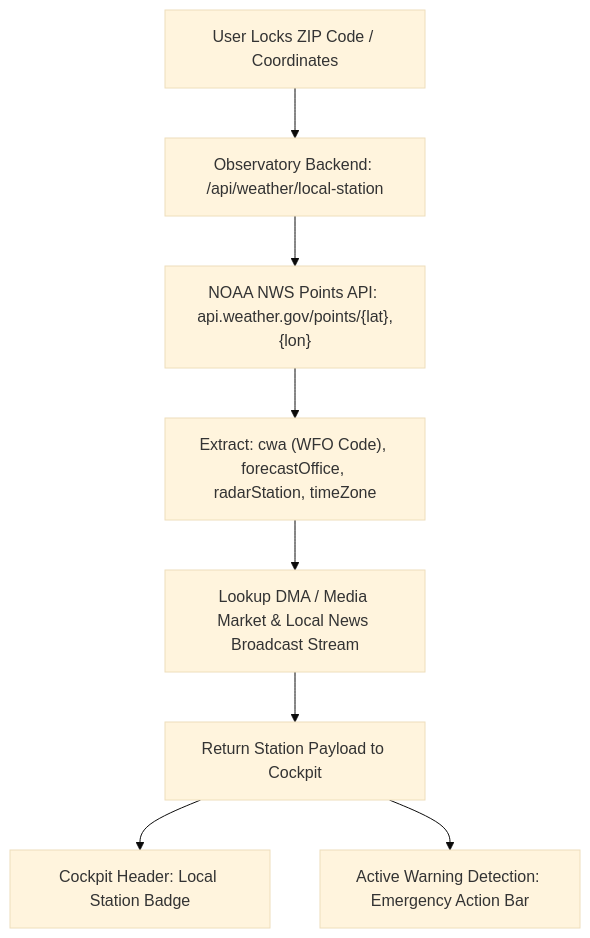
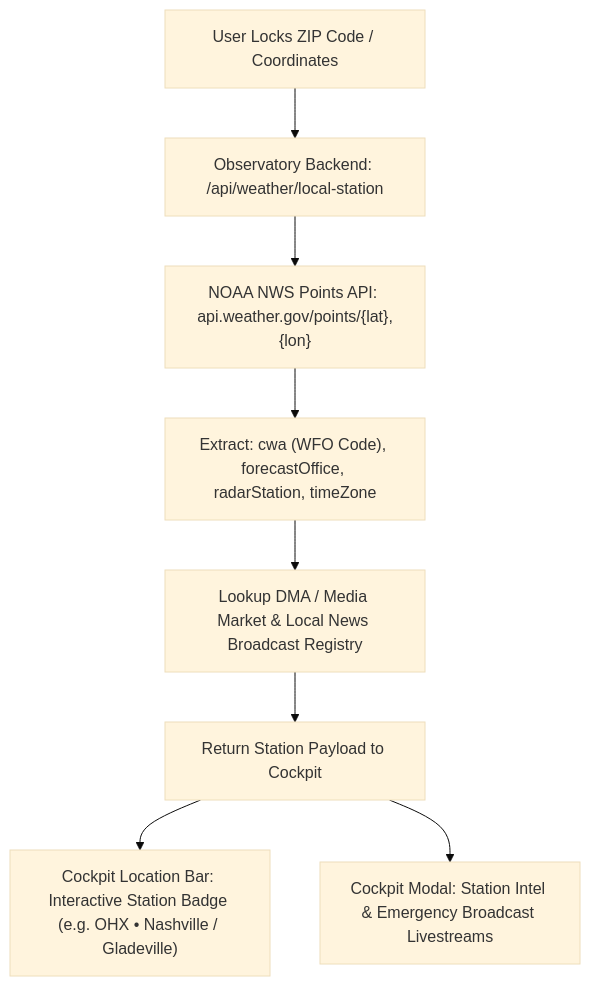
The first of 3 diagrams in observatory/BLUEPRINT_V2.md (cryptocreeper94-sudo/truth), drawn with Mermaid (base theme) before and after one commit. The commit also changed other lines of this file, not shown here.

````diff
--- a/observatory/BLUEPRINT_V2.md
+++ b/observatory/BLUEPRINT_V2.md
@@ -27,10 +31,10 @@
 ```mermaid
 graph TD
     A["User Locks ZIP Code / Coordinates"] --> B["Observatory Backend: /api/weather/local-station"]
     B --> C["NOAA NWS Points API: api.weather.gov/points/{lat},{lon}"]
     C --> D["Extract: cwa (WFO Code), forecastOffice, radarStation, timeZone"]
-    D --> E["Lookup DMA / Media Market & Local News Broadcast Stream"]
+    D --> E["Lookup DMA / Media Market & Local News Broadcast Registry"]
     E --> F["Return Station Payload to Cockpit"]
-    F --> G["Cockpit Header: Local Station Badge"]
-    F --> H["Active Warning Detection: Emergency Action Bar"]
+    F --> G["Cockpit Location Bar: Interactive Station Badge (e.g. OHX • Nashville / Gladeville)"]
+    F --> H["Cockpit Modal: Station Intel & Emergency Broadcast Livestreams"]
 ```
````
